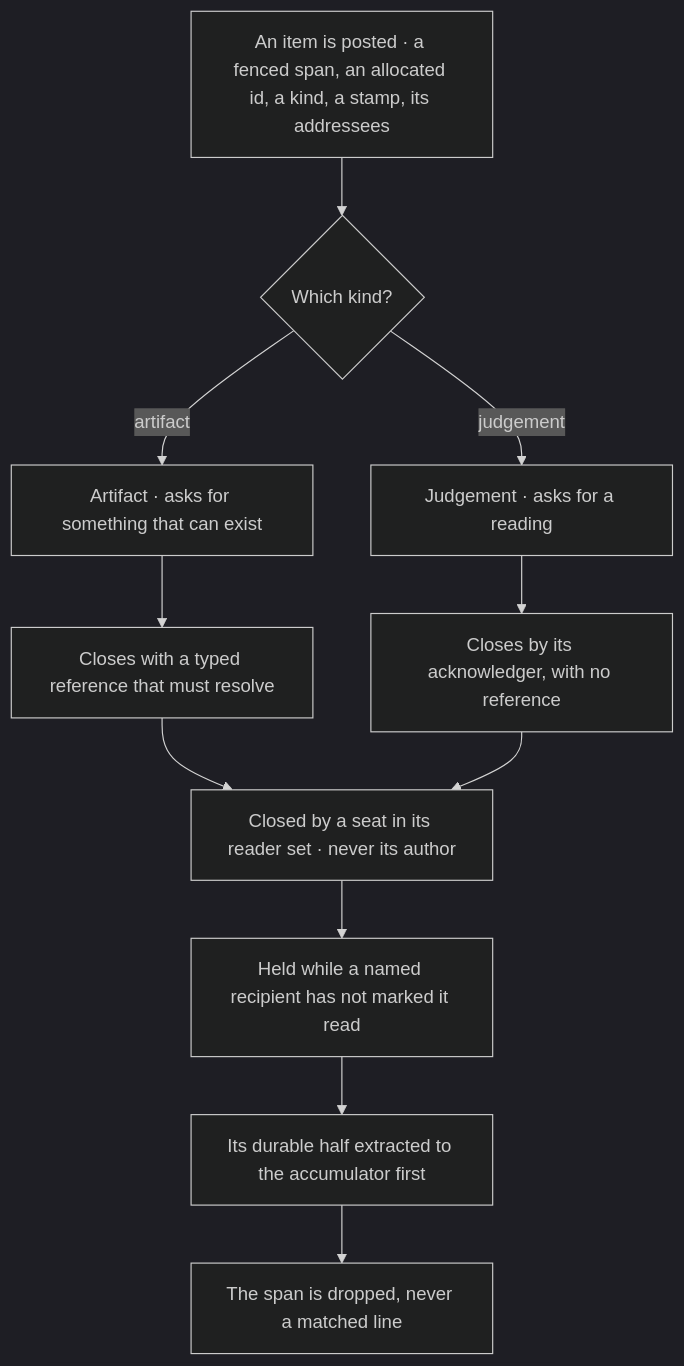
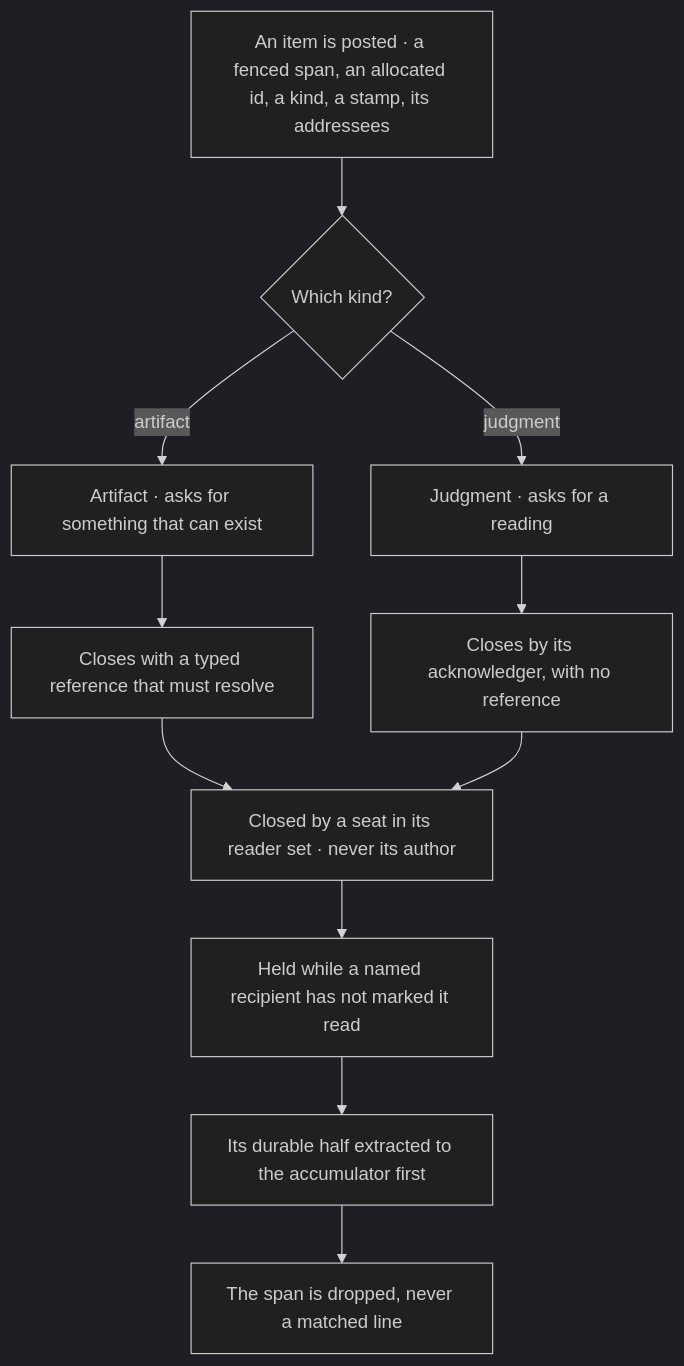
One commit to Varietyz/Disciplined-AI-Software-Development changed the eighth of 16 diagrams in COLLABORATE.md. Above: the diagram before and after it, drawn with Mermaid (dark theme). The commit also changed other lines of this file and 3600 other files, not shown here.

````diff
--- a/COLLABORATE.md
+++ b/COLLABORATE.md
@@ -224,17 +224,17 @@
 ```mermaid
 flowchart TB
-posted["An item is posted · a fenced span, an allocated id, a kind, a stamp, its addressees"]
-kind{"Which kind?"}
-artifact["Artifact · asks for something that can exist"]
-judgement["Judgement · asks for a reading"]
-ref["Closes with a typed reference that must resolve"]
-ack["Closes by its acknowledger, with no reference"]
-handler["Closed by a seat in its reader set · never its author"]
-ledger["Held while a named recipient has not marked it read"]
-extract["Its durable half extracted to the accumulator first"]
-dropped["The span is dropped, never a matched line"]
-posted --> kind
-kind -- artifact --> artifact --> ref --> handler
-kind -- judgement --> judgement --> ack --> handler
-handler --> ledger --> extract --> dropped
+    posted["An item is posted · a fenced span, an allocated id, a kind, a stamp, its addressees"]
+    kind{"Which kind?"}
+    artifact["Artifact · asks for something that can exist"]
+    judgment["Judgment · asks for a reading"]
+    ref["Closes with a typed reference that must resolve"]
+    ack["Closes by its acknowledger, with no reference"]
+    handler["Closed by a seat in its reader set · never its author"]
+    ledger["Held while a named recipient has not marked it read"]
+    extract["Its durable half extracted to the accumulator first"]
+    dropped["The span is dropped, never a matched line"]
+    posted --> kind
+    kind -- artifact --> artifact --> ref --> handler
+    kind -- judgment --> judgment --> ack --> handler
+    handler --> ledger --> extract --> dropped
 ```
````
